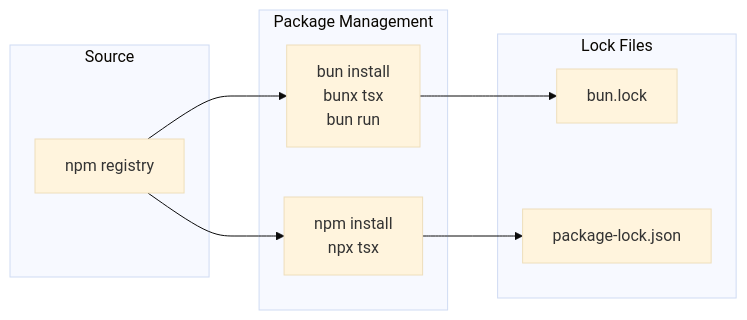
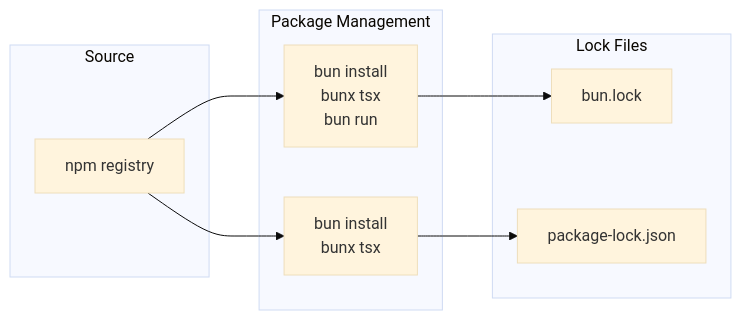
Before and after one commit to rhixecompany/sandbox: the second of 5 diagrams in docs/Project_Architecture/projects/Bash/Bash_techstack.md, drawn with Mermaid (base theme). The commit also changed 126 other files, not shown here.

First line of the commit message:
chore: migrate npm/npx → bun/bunx + bun default package manager

````diff
--- a/docs/Project_Architecture/projects/Bash/Bash_techstack.md
+++ b/docs/Project_Architecture/projects/Bash/Bash_techstack.md
@@ -78,21 +78,21 @@
 ```mermaid
 flowchart LR
     subgraph PM["Package Management"]
         BUN[bun install<br/>bunx tsx<br/>bun run]
-        NPM[npm install<br/>npx tsx]
+        NPM[bun install<br/>bunx tsx]
     end
 
     subgraph Lock["Lock Files"]
         BL[bun.lock]
         PL[package-lock.json]
     end
 
     subgraph Registry["Source"]
         NPMR[npm registry]
     end
 
     NPMR --> BUN
     NPMR --> NPM
     BUN --> BL
     NPM --> PL
 ```
````
